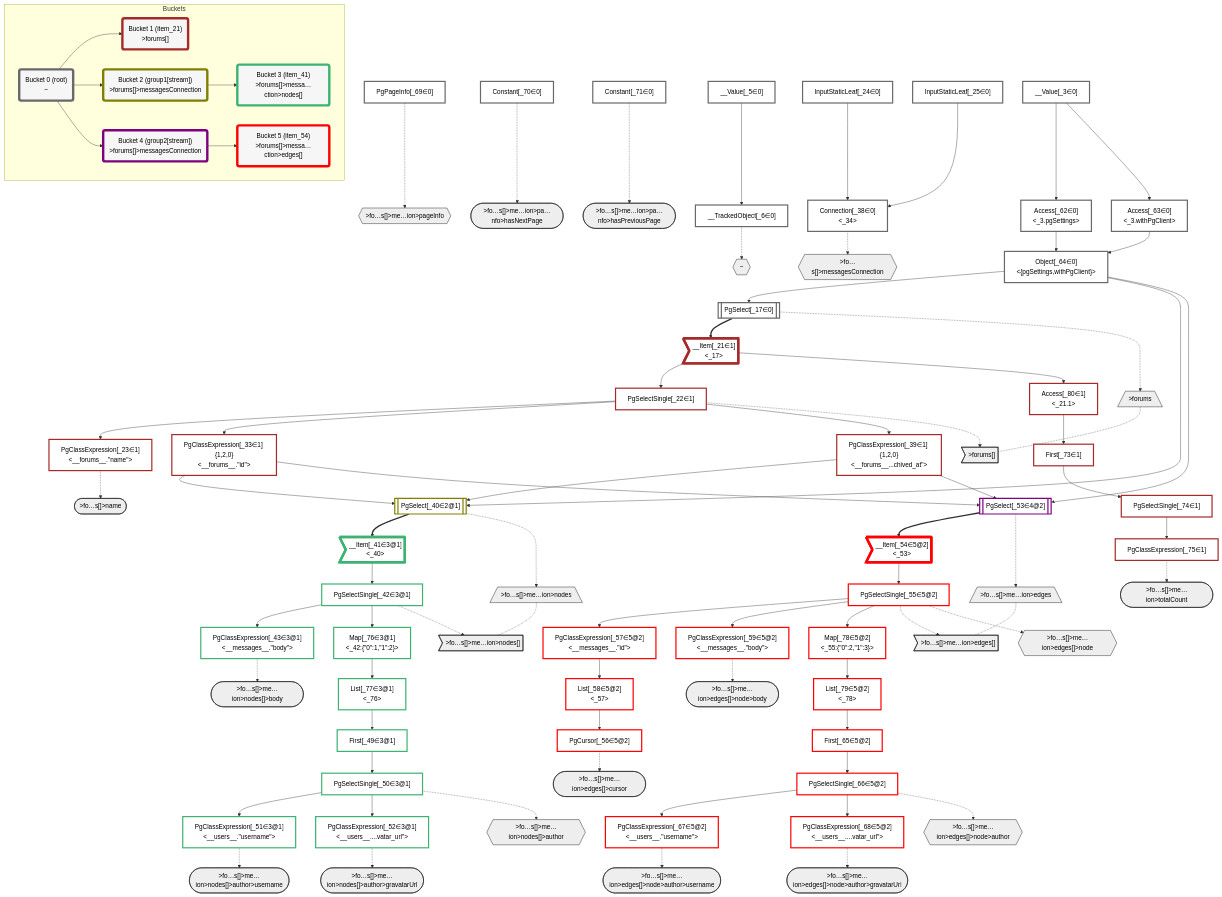
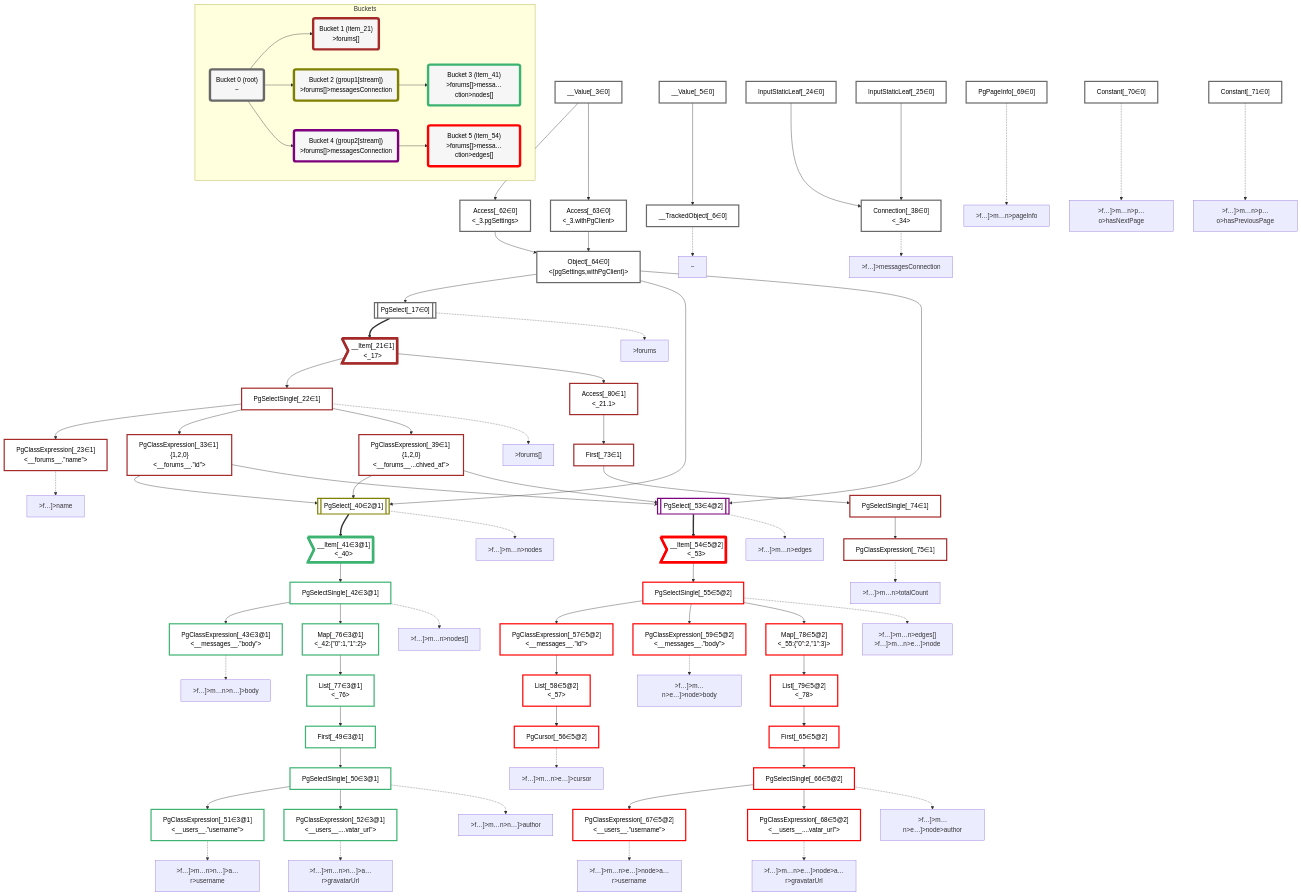
The diagram in packages/dataplan-pg/__tests__/queries/conditions/archived-forum-inherited-messages.stream-2.mermaid.md (graphile/crystal), drawn with Mermaid before and after one commit. The commit also changed 195 other files, not shown here.

```diff
--- a/packages/dataplan-pg/__tests__/queries/conditions/archived-forum-inherited-messages.stream-2.mermaid.md
+++ b/packages/dataplan-pg/__tests__/queries/conditions/archived-forum-inherited-messages.stream-2.mermaid.md
@@ -6,53 +6,6 @@
     classDef sideeffectplan fill:#f00,stroke-width:6px,color:#000
     classDef bucket fill:#f6f6f6,color:#000,stroke-width:6px
 
-    %% subgraph fields
-    P1{{"~"}}:::path
-    P2[/">forums"\]:::path
-    P3>">forums[]"]:::path
-    P2 -.- P3
-    P4([">fo…s[]>name"]):::path
-    %% P3 -.-> P4
-    P5{{">fo…s[]>messagesConnection"}}:::path
-    P6[/">fo…s[]>me…ion>nodes"\]:::path
-    P7>">fo…s[]>me…ion>nodes[]"]:::path
-    P6 -.- P7
-    P8([">fo…s[]>me…ion>nodes[]>body"]):::path
-    %% P7 -.-> P8
-    P9{{">fo…s[]>me…ion>nodes[]>author"}}:::path
-    P10([">fo…s[]>me…ion>nodes[]>author>username"]):::path
-    %% P9 -.-> P10
-    P11([">fo…s[]>me…ion>nodes[]>author>gravatarUrl"]):::path
-    %% P9 -.-> P11
-    %% P7 -.-> P9
-    %% P5 -.-> P6
-    P12[/">fo…s[]>me…ion>edges"\]:::path
-    P13>">fo…s[]>me…ion>edges[]"]:::path
-    P12 -.- P13
-    P14([">fo…s[]>me…ion>edges[]>cursor"]):::path
-    %% P13 -.-> P14
-    P15{{">fo…s[]>me…ion>edges[]>node"}}:::path
-    P16([">fo…s[]>me…ion>edges[]>node>body"]):::path
-    %% P15 -.-> P16
-    P17{{">fo…s[]>me…ion>edges[]>node>author"}}:::path
-    P18([">fo…s[]>me…ion>edges[]>node>author>username"]):::path
-    %% P17 -.-> P18
-    P19([">fo…s[]>me…ion>edges[]>node>author>gravatarUrl"]):::path
-    %% P17 -.-> P19
-    %% P15 -.-> P17
-    %% P13 -.-> P15
-    %% P5 -.-> P12
-    P20{{">fo…s[]>me…ion>pageInfo"}}:::path
-    P21([">fo…s[]>me…ion>pa…nfo>hasNextPage"]):::path
-    %% P20 -.-> P21
-    P22([">fo…s[]>me…ion>pa…nfo>hasPreviousPage"]):::path
-    %% P20 -.-> P22
-    %% P5 -.-> P20
-    P23([">fo…s[]>me…ion>totalCount"]):::path
-    %% P5 -.-> P23
-    %% P3 -.-> P5
-    %% P1 -.-> P2
-    %% end
 
     %% define plans
     __Value_3["__Value[_3∈0]<br /><context>"]:::plan
@@ -61,43 +14,43 @@
     PgSelect_17[["PgSelect[_17∈0]<br /><forums>"]]:::plan
     __Item_21>"__Item[_21∈1]<br /><_17>"]:::itemplan
     PgSelectSingle_22["PgSelectSingle[_22∈1]<br /><forums>"]:::plan
-    PgClassExpression_23["PgClassExpression[_23∈1]<br /><__forums__.#quot;name#quot;>"]:::plan
+    PgClassExpression_23["PgClassExpression[_23∈1]<br /><__forums__.”name”>"]:::plan
     InputStaticLeaf_24["InputStaticLeaf[_24∈0]"]:::plan
     InputStaticLeaf_25["InputStaticLeaf[_25∈0]"]:::plan
-    PgClassExpression_33["PgClassExpression[_33∈1] {1,2,0}<br /><__forums__.#quot;id#quot;>"]:::plan
+    PgClassExpression_33["PgClassExpression[_33∈1] {1,2,0}<br /><__forums__.”id”>"]:::plan
     Connection_38["Connection[_38∈0]<br /><_34>"]:::plan
-    PgClassExpression_39["PgClassExpression[_39∈1] {1,2,0}<br /><__forums__...chived_at#quot;>"]:::plan
+    PgClassExpression_39["PgClassExpression[_39∈1] {1,2,0}<br /><__forums__...chived_at”>"]:::plan
     PgSelect_40[["PgSelect[_40∈2@1]<br /><messages>"]]:::plan
     __Item_41>"__Item[_41∈3@1]<br /><_40>"]:::itemplan
     PgSelectSingle_42["PgSelectSingle[_42∈3@1]<br /><messages>"]:::plan
-    PgClassExpression_43["PgClassExpression[_43∈3@1]<br /><__messages__.#quot;body#quot;>"]:::plan
+    PgClassExpression_43["PgClassExpression[_43∈3@1]<br /><__messages__.”body”>"]:::plan
     First_49["First[_49∈3@1]"]:::plan
     PgSelectSingle_50["PgSelectSingle[_50∈3@1]<br /><users>"]:::plan
-    PgClassExpression_51["PgClassExpression[_51∈3@1]<br /><__users__.#quot;username#quot;>"]:::plan
-    PgClassExpression_52["PgClassExpression[_52∈3@1]<br /><__users__....vatar_url#quot;>"]:::plan
+    PgClassExpression_51["PgClassExpression[_51∈3@1]<br /><__users__.”username”>"]:::plan
+    PgClassExpression_52["PgClassExpression[_52∈3@1]<br /><__users__....vatar_url”>"]:::plan
     PgSelect_53[["PgSelect[_53∈4@2]<br /><messages>"]]:::plan
     __Item_54>"__Item[_54∈5@2]<br /><_53>"]:::itemplan
     PgSelectSingle_55["PgSelectSingle[_55∈5@2]<br /><messages>"]:::plan
     PgCursor_56["PgCursor[_56∈5@2]"]:::plan
-    PgClassExpression_57["PgClassExpression[_57∈5@2]<br /><__messages__.#quot;id#quot;>"]:::plan
+    PgClassExpression_57["PgClassExpression[_57∈5@2]<br /><__messages__.”id”>"]:::plan
     List_58["List[_58∈5@2]<br /><_57>"]:::plan
-    PgClassExpression_59["PgClassExpression[_59∈5@2]<br /><__messages__.#quot;body#quot;>"]:::plan
+    PgClassExpression_59["PgClassExpression[_59∈5@2]<br /><__messages__.”body”>"]:::plan
     Access_62["Access[_62∈0]<br /><_3.pgSettings>"]:::plan
     Access_63["Access[_63∈0]<br /><_3.withPgClient>"]:::plan
     Object_64["Object[_64∈0]<br /><{pgSettings,withPgClient}>"]:::plan
     First_65["First[_65∈5@2]"]:::plan
     PgSelectSingle_66["PgSelectSingle[_66∈5@2]<br /><users>"]:::plan
-    PgClassExpression_67["PgClassExpression[_67∈5@2]<br /><__users__.#quot;username#quot;>"]:::plan
-    PgClassExpression_68["PgClassExpression[_68∈5@2]<br /><__users__....vatar_url#quot;>"]:::plan
+    PgClassExpression_67["PgClassExpression[_67∈5@2]<br /><__users__.”username”>"]:::plan
+    PgClassExpression_68["PgClassExpression[_68∈5@2]<br /><__users__....vatar_url”>"]:::plan
     PgPageInfo_69["PgPageInfo[_69∈0]"]:::plan
     Constant_70["Constant[_70∈0]"]:::plan
     Constant_71["Constant[_71∈0]"]:::plan
     First_73["First[_73∈1]"]:::plan
     PgSelectSingle_74["PgSelectSingle[_74∈1]<br /><messages>"]:::plan
     PgClassExpression_75["PgClassExpression[_75∈1]<br /><count(*)>"]:::plan
-    Map_76["Map[_76∈3@1]<br /><_42:{#quot;0#quot;:1,#quot;1#quot;:2}>"]:::plan
+    Map_76["Map[_76∈3@1]<br /><_42:{”0”:1,”1”:2}>"]:::plan
     List_77["List[_77∈3@1]<br /><_76>"]:::plan
-    Map_78["Map[_78∈5@2]<br /><_55:{#quot;0#quot;:2,#quot;1#quot;:3}>"]:::plan
+    Map_78["Map[_78∈5@2]<br /><_55:{”0”:2,”1”:3}>"]:::plan
     List_79["List[_79∈5@2]<br /><_78>"]:::plan
     Access_80["Access[_80∈1]<br /><_21.1>"]:::plan
 
@@ -148,29 +101,50 @@
     __Item_21 --> Access_80
 
     %% plan-to-path relationships
+    P1["~"]
     __TrackedObject_6 -.-> P1
+    P2[">forums"]
     PgSelect_17 -.-> P2
+    P3[">forums[]"]
     PgSelectSingle_22 -.-> P3
+    P4[">f…]>name"]
     PgClassExpression_23 -.-> P4
+    P5[">f…]>messagesConnection"]
     Connection_38 -.-> P5
+    P6[">f…]>m…n>nodes"]
     PgSelect_40 -.-> P6
+    P7[">f…]>m…n>nodes[]"]
     PgSelectSingle_42 -.-> P7
+    P8[">f…]>m…n>n…]>body"]
     PgClassExpression_43 -.-> P8
+    P9[">f…]>m…n>n…]>author"]
     PgSelectSingle_50 -.-> P9
+    P10[">f…]>m…n>n…]>a…r>username"]
     PgClassExpression_51 -.-> P10
+    P11[">f…]>m…n>n…]>a…r>gravatarUrl"]
     PgClassExpression_52 -.-> P11
+    P12[">f…]>m…n>edges"]
     PgSelect_53 -.-> P12
+    P13[">f…]>m…n>edges[]<br />>f…]>m…n>e…]>node"]
     PgSelectSingle_55 -.-> P13
+    P14[">f…]>m…n>e…]>cursor"]
     PgCursor_56 -.-> P14
-    PgSelectSingle_55 -.-> P15
-    PgClassExpression_59 -.-> P16
-    PgSelectSingle_66 -.-> P17
-    PgClassExpression_67 -.-> P18
-    PgClassExpression_68 -.-> P19
-    PgPageInfo_69 -.-> P20
-    Constant_70 -.-> P21
-    Constant_71 -.-> P22
-    PgClassExpression_75 -.-> P23
+    P15[">f…]>m…n>e…]>node>body"]
+    PgClassExpression_59 -.-> P15
+    P16[">f…]>m…n>e…]>node>author"]
+    PgSelectSingle_66 -.-> P16
+    P17[">f…]>m…n>e…]>node>a…r>username"]
+    PgClassExpression_67 -.-> P17
+    P18[">f…]>m…n>e…]>node>a…r>gravatarUrl"]
+    PgClassExpression_68 -.-> P18
+    P19[">f…]>m…n>pageInfo"]
+    PgPageInfo_69 -.-> P19
+    P20[">f…]>m…n>p…o>hasNextPage"]
+    Constant_70 -.-> P20
+    P21[">f…]>m…n>p…o>hasPreviousPage"]
+    Constant_71 -.-> P21
+    P22[">f…]>m…n>totalCount"]
+    PgClassExpression_75 -.-> P22
 
     %% allocate buckets
     classDef bucket0 stroke:#696969
```
